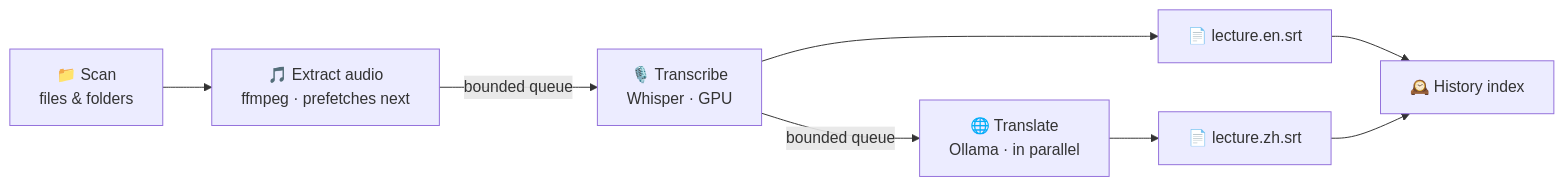
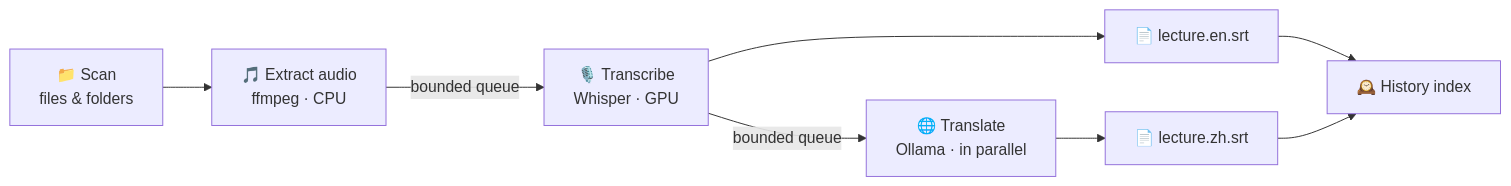
The diagram in README.md (TN019/scripto), drawn with Mermaid before and after one commit. The commit also changed other lines of this file and 1 other file, not shown here.

````diff
--- a/README.md
+++ b/README.md
@@ -74,9 +76,9 @@
 ```mermaid
 flowchart LR
-    A[📁 Scan<br/>files & folders] --> B[🎵 Extract audio<br/>ffmpeg · prefetches next]
+    A[📁 Scan<br/>files & folders] --> B[🎵 Extract audio<br/>ffmpeg · CPU]
     B -->|bounded queue| C[🎙️ Transcribe<br/>Whisper · GPU]
     C -->|bounded queue| D[🌐 Translate<br/>Ollama · in parallel]
     C --> E[📄 lecture.en.srt]
     D --> F[📄 lecture.zh.srt]
     E & F --> G[🕰️ History index]
 ```
````
